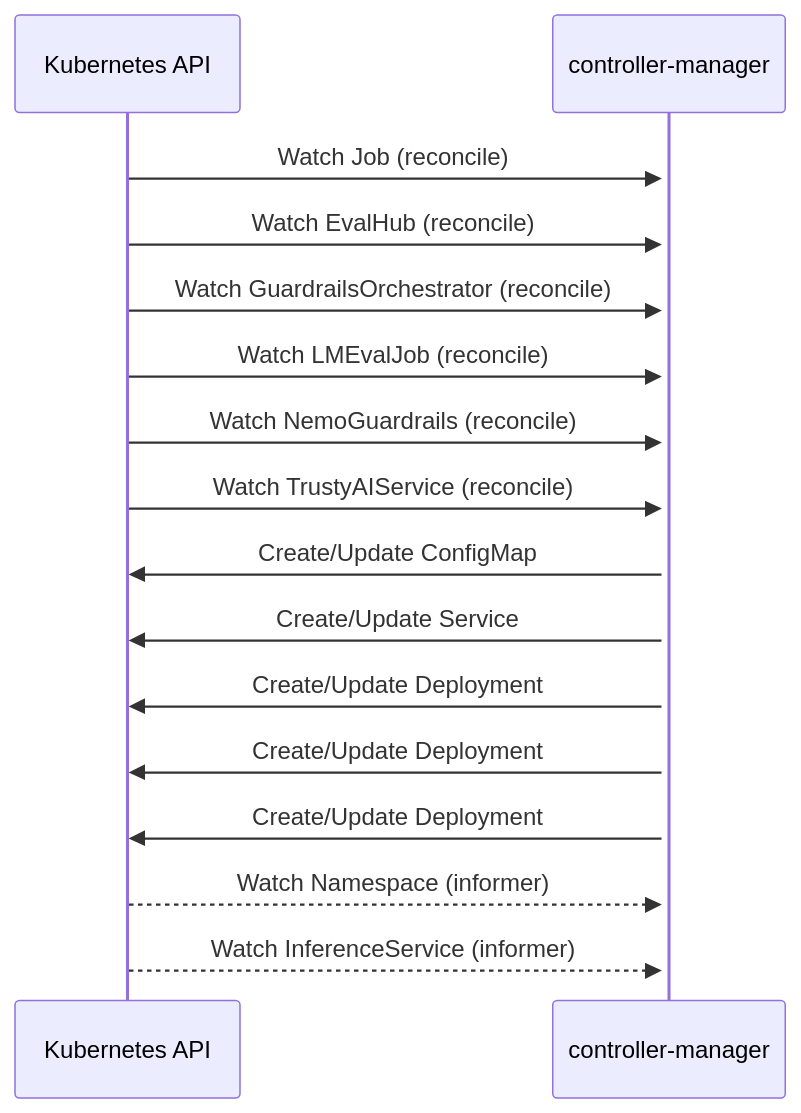
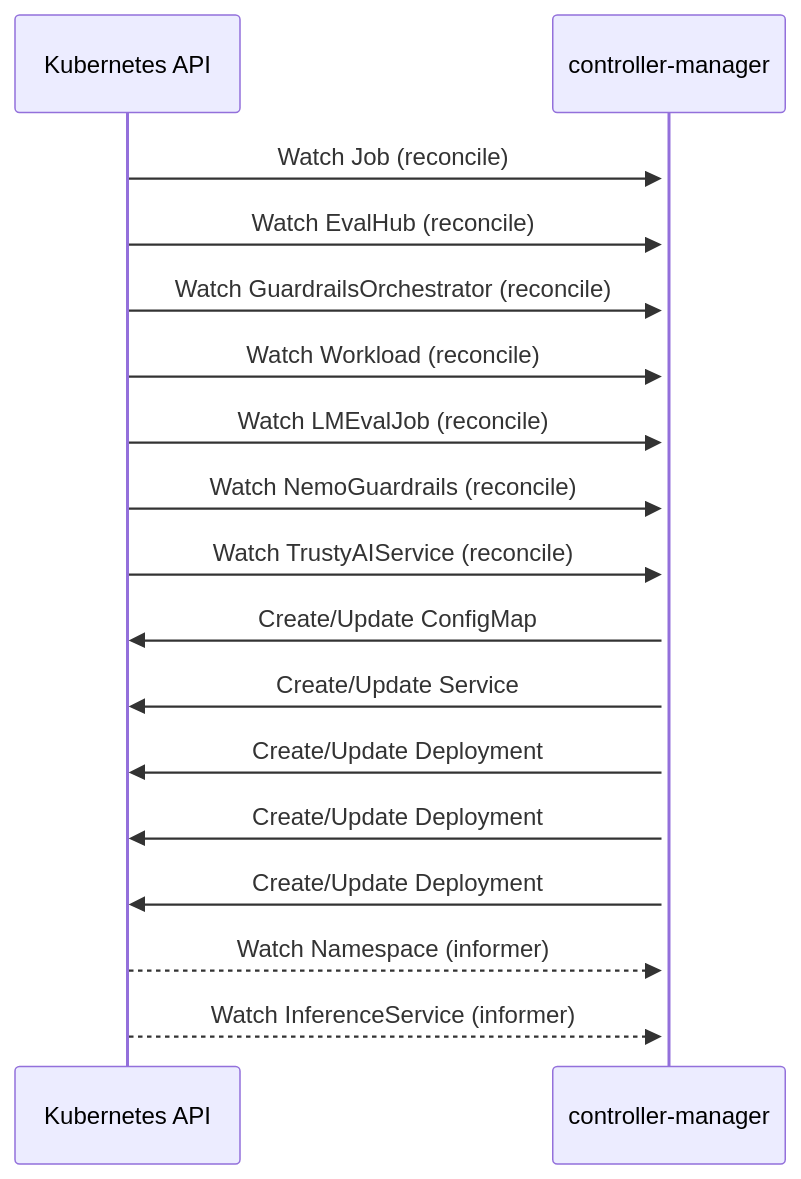
The diagram in site/docs/rhoai-platform/components/trustyai_service_operator/dataflow.md (ugiordan/rhoai-architecture-analyzer), drawn with Mermaid before and after one commit. The commit also changed other lines of this file and 156 other files, not shown here.

````diff
--- a/site/docs/rhoai-platform/components/trustyai_service_operator/dataflow.md
+++ b/site/docs/rhoai-platform/components/trustyai_service_operator/dataflow.md
@@ -27,21 +28,22 @@
 ```mermaid
 sequenceDiagram
     %% Static dataflow for trustyai-service-operator
 
     participant KubernetesAPI as Kubernetes API
     participant controller_manager as controller-manager
 
     KubernetesAPI->>+controller_manager: Watch Job (reconcile)
     KubernetesAPI->>+controller_manager: Watch EvalHub (reconcile)
     KubernetesAPI->>+controller_manager: Watch GuardrailsOrchestrator (reconcile)
+    KubernetesAPI->>+controller_manager: Watch Workload (reconcile)
     KubernetesAPI->>+controller_manager: Watch LMEvalJob (reconcile)
     KubernetesAPI->>+controller_manager: Watch NemoGuardrails (reconcile)
     KubernetesAPI->>+controller_manager: Watch TrustyAIService (reconcile)
     controller_manager->>KubernetesAPI: Create/Update ConfigMap
     controller_manager->>KubernetesAPI: Create/Update Service
     controller_manager->>KubernetesAPI: Create/Update Deployment
     controller_manager->>KubernetesAPI: Create/Update Deployment
     controller_manager->>KubernetesAPI: Create/Update Deployment
     KubernetesAPI-->>+controller_manager: Watch Namespace (informer)
     KubernetesAPI-->>+controller_manager: Watch InferenceService (informer)
 ```
````
